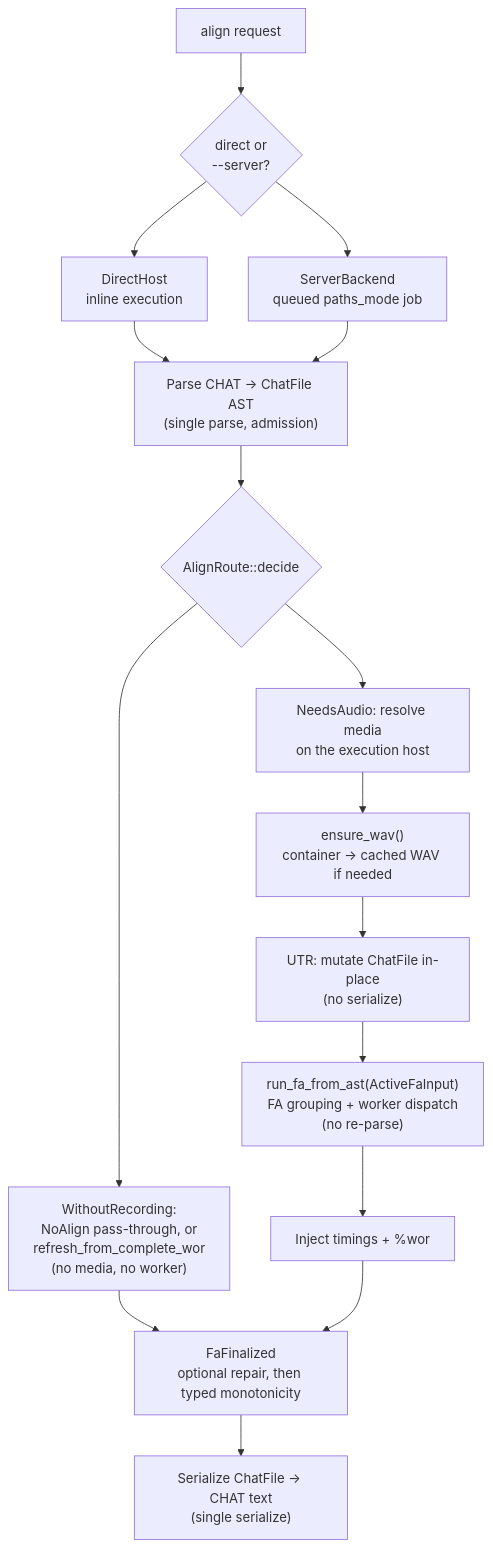
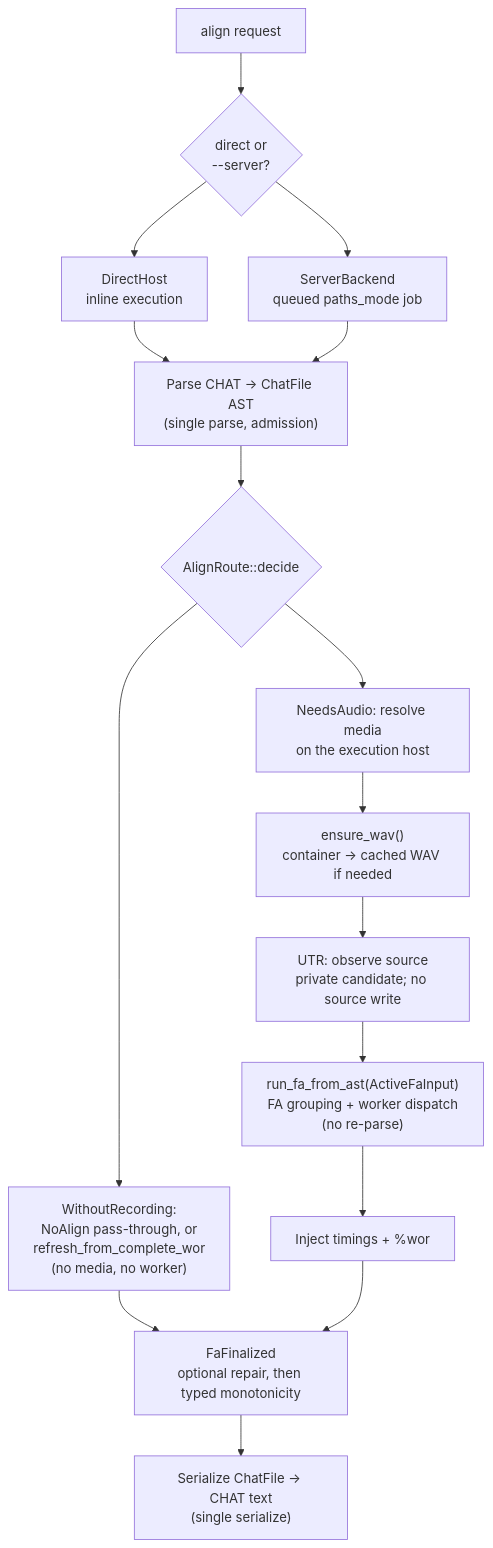
The seventh of 22 diagrams in book/src/batchalign/reference/forced-alignment.md (FranklinChen/talkbank-tools), drawn with Mermaid before and after one commit. The commit also changed other lines of this file and 175 other files, not shown here.

````diff
--- a/book/src/batchalign/reference/forced-alignment.md
+++ b/book/src/batchalign/reference/forced-alignment.md
@@ -199,24 +364,24 @@
 ```mermaid
 flowchart TD
     start["align request"]
     host{"direct or<br/>--server?"}
     direct["DirectHost<br/>inline execution"]
     server["ServerBackend<br/>queued paths_mode job"]
     parse["Parse CHAT → ChatFile AST<br/>(single parse, admission)"]
     route{"AlignRoute::decide"}
     norec["WithoutRecording:<br/>NoAlign pass-through, or<br/>refresh_from_complete_wor<br/>(no media, no worker)"]
     media["NeedsAudio: resolve media<br/>on the execution host"]
     wav["ensure_wav()<br/>container → cached WAV if needed"]
-    utr["UTR: mutate ChatFile in-place<br/>(no serialize)"]
+    utr["UTR: observe source<br/>private candidate; no source write"]
     fa["run_fa_from_ast(ActiveFaInput)<br/>FA grouping + worker dispatch<br/>(no re-parse)"]
     inject["Inject timings + %wor"]
     finalize["FaFinalized<br/>optional repair, then typed monotonicity"]
     serial["Serialize ChatFile → CHAT text<br/>(single serialize)"]
 
     start --> host
     host --> direct --> parse
     host --> server --> parse
     parse --> route
     route --> norec --> finalize
     route --> media --> wav --> utr --> fa --> inject --> finalize --> serial
 ```
````
